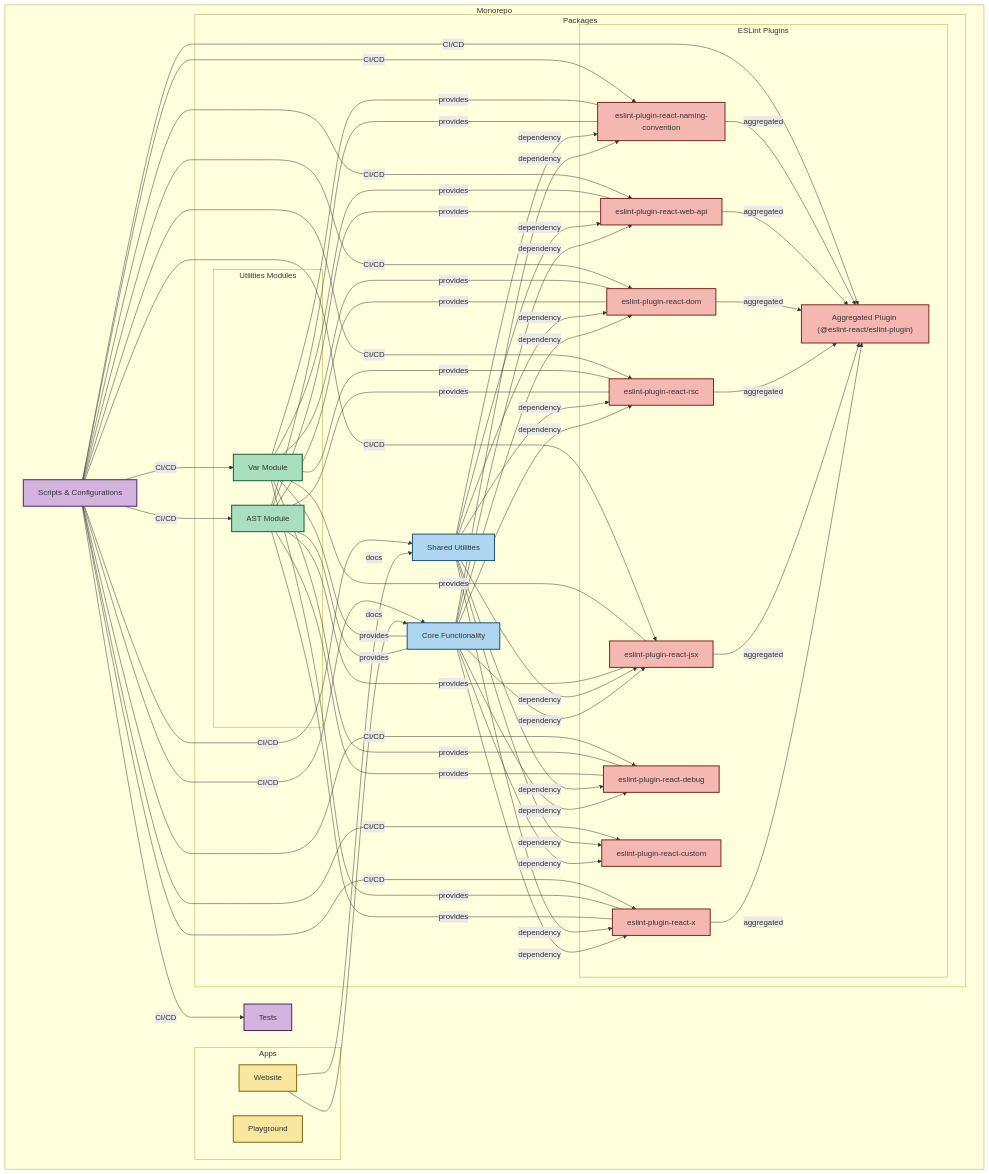
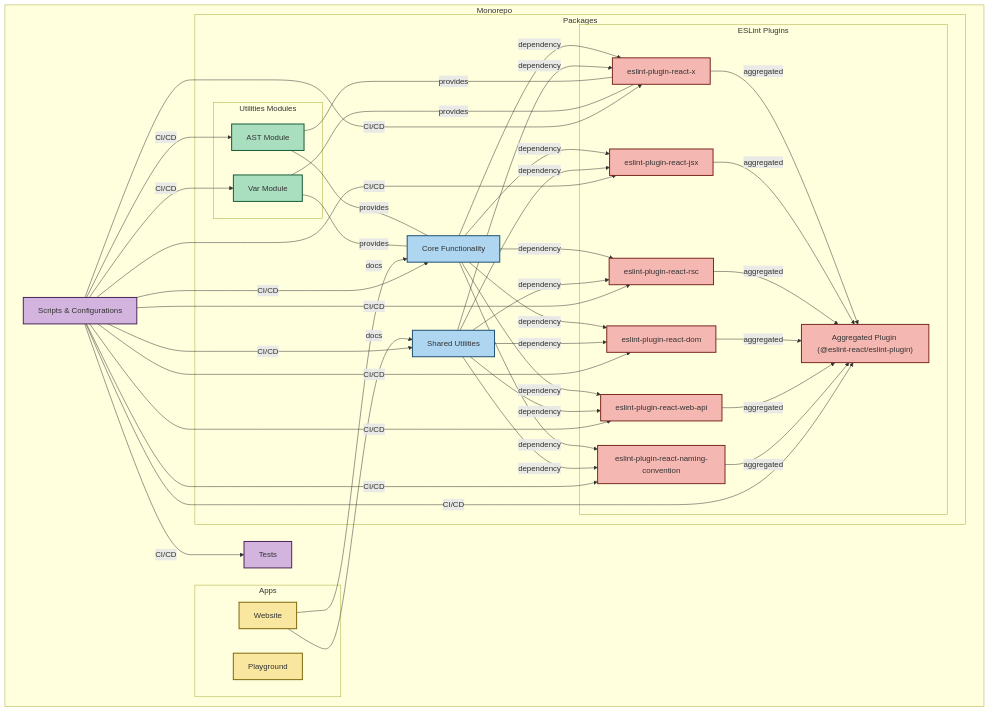
One commit to Rel1cx/eslint-react changed the diagram in apps/website/content/docs/contributing.mdx. Above: the diagram before and after it, drawn with Mermaid. The commit also changed 1 other file, not shown here.

Commit message:
Update contributing docs
- Fix the Vitest test command in CONTRIBUTING.md to use the
  "vitest related" form.
- Remove Debug and Custom plugin references from the docs (diagrams,
  charts, and links in contributing.mdx)

```diff
--- a/apps/website/content/docs/contributing.mdx
+++ b/apps/website/content/docs/contributing.mdx
@@ -39,8 +39,6 @@
                 DOM["eslint-plugin-react-dom"]:::plugins
                 WebAPI["eslint-plugin-react-web-api"]:::plugins
                 NamingConvention["eslint-plugin-react-naming-convention"]:::plugins
-                Debug["eslint-plugin-react-debug"]:::plugins
-                Custom["eslint-plugin-react-custom"]:::plugins
                 Aggregated["Aggregated Plugin (@eslint-react/eslint-plugin)"]:::plugins
             end
         end
@@ -60,8 +58,6 @@
     Core -->|"dependency"| DOM
     Core -->|"dependency"| WebAPI
     Core -->|"dependency"| NamingConvention
-    Core -->|"dependency"| Debug
-    Core -->|"dependency"| Custom
 
     Shared -->|"dependency"| X
     Shared -->|"dependency"| JSX
@@ -69,27 +65,13 @@
     Shared -->|"dependency"| DOM
     Shared -->|"dependency"| WebAPI
     Shared -->|"dependency"| NamingConvention
-    Shared -->|"dependency"| Debug
-    Shared -->|"dependency"| Custom
 
     %% Utilities used by Core and Plugins
     AST ---|"provides"| Core
     Var ---|"provides"| Core
 
     AST ---|"provides"| X
-    AST ---|"provides"| JSX
-    AST ---|"provides"| RSC
-    AST ---|"provides"| DOM
-    AST ---|"provides"| WebAPI
-    AST ---|"provides"| NamingConvention
-    AST ---|"provides"| Debug
     Var ---|"provides"| X
-    Var ---|"provides"| JSX
-    Var ---|"provides"| RSC
-    Var ---|"provides"| DOM
-    Var ---|"provides"| WebAPI
-    Var ---|"provides"| NamingConvention
-    Var ---|"provides"| Debug
 
     %% Aggregation of Plugins
     X -->|"aggregated"| Aggregated
@@ -97,10 +79,7 @@
     RSC -->|"aggregated"| Aggregated
     DOM -->|"aggregated"| Aggregated
     WebAPI -->|"aggregated"| Aggregated
-
     NamingConvention -->|"aggregated"| Aggregated
-
-    %% Debug and Custom plugins are standalone (not aggregated)
 
     %% Website Documentation uses Core and Shared docs
     Website -->|"docs"| Core
@@ -116,10 +95,7 @@
     Scripts -->|"CI/CD"| RSC
     Scripts -->|"CI/CD"| DOM
     Scripts -->|"CI/CD"| WebAPI
-
     Scripts -->|"CI/CD"| NamingConvention
-    Scripts -->|"CI/CD"| Debug
-    Scripts -->|"CI/CD"| Custom
     Scripts -->|"CI/CD"| Aggregated
     Scripts -->|"CI/CD"| Tests
 
@@ -132,12 +108,10 @@
     click Var "https://github.com/rel1cx/eslint-react/tree/main/packages/utilities/var"
     click X "https://github.com/rel1cx/eslint-react/tree/main/packages/plugins/eslint-plugin-react-x"
     click JSX "https://github.com/rel1cx/eslint-react/tree/main/packages/plugins/eslint-plugin-react-jsx"
+    click RSC "https://github.com/rel1cx/eslint-react/tree/main/packages/plugins/eslint-plugin-react-rsc"
     click DOM "https://github.com/rel1cx/eslint-react/tree/main/packages/plugins/eslint-plugin-react-dom"
     click WebAPI "https://github.com/rel1cx/eslint-react/tree/main/packages/plugins/eslint-plugin-react-web-api"
     click NamingConvention "https://github.com/rel1cx/eslint-react/tree/main/packages/plugins/eslint-plugin-react-naming-convention"
-    click Debug "https://github.com/rel1cx/eslint-react/tree/main/packages/plugins/eslint-plugin-react-debug"
-    click Custom "https://github.com/rel1cx/eslint-react/tree/main/packages/plugins/eslint-plugin-react-custom"
-    click RSC "https://github.com/rel1cx/eslint-react/tree/main/packages/plugins/eslint-plugin-react-rsc"
     click Aggregated "https://github.com/rel1cx/eslint-react/tree/main/packages/plugins/eslint-plugin"
     click Scripts "https://github.com/rel1cx/eslint-react/tree/main/scripts"
     click Tests "https://github.com/rel1cx/eslint-react/tree/main/test"
```
